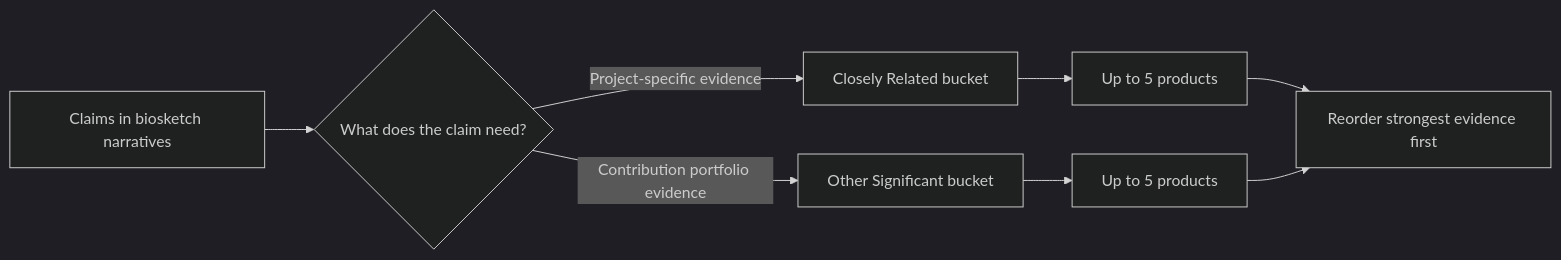
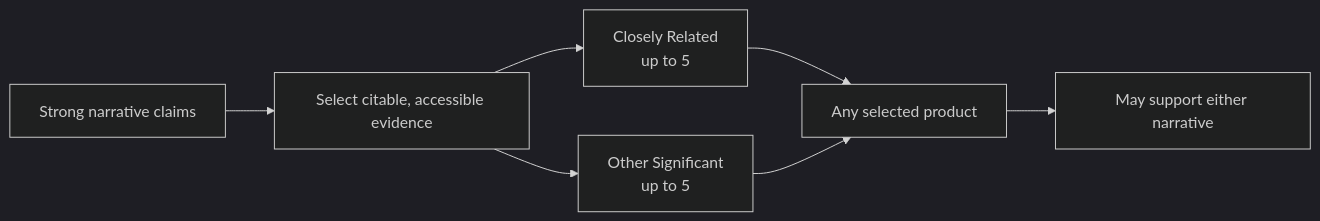
The diagram in docs/biosketch/products-strategy.md (FritscheLab/nih-sciencv-playbook), drawn with Mermaid (dark theme) before and after one commit. The commit also changed other lines of this file and 48 other files, not shown here.

````diff
--- a/docs/biosketch/products-strategy.md
+++ b/docs/biosketch/products-strategy.md
@@ -29,12 +34,11 @@
 ```mermaid
 flowchart LR
     accTitle: Product selection strategy
-    accDescr: Products are selected as evidence for claims, split between closely related products and other significant products.
-    A["Claims in biosketch narratives"] --> B{"What does the claim need?"}
-    B -- "Project-specific evidence" --> C["Closely Related bucket"]
-    B -- "Contribution portfolio evidence" --> D["Other Significant bucket"]
-    C --> E["Up to 5 products"]
-    D --> F["Up to 5 products"]
-    E --> G["Reorder strongest evidence first"]
-    F --> G
+    accDescr: Select the strongest products, place them in the bucket that matches the official definition, and reference any selected product from either narrative.
+    A["Strong narrative claims"] --> B["Select citable, accessible evidence"]
+    B --> C["Closely Related<br/>up to 5"]
+    B --> D["Other Significant<br/>up to 5"]
+    C --> E["Any selected product"]
+    D --> E
+    E --> F["May support either narrative"]
 ```
````
